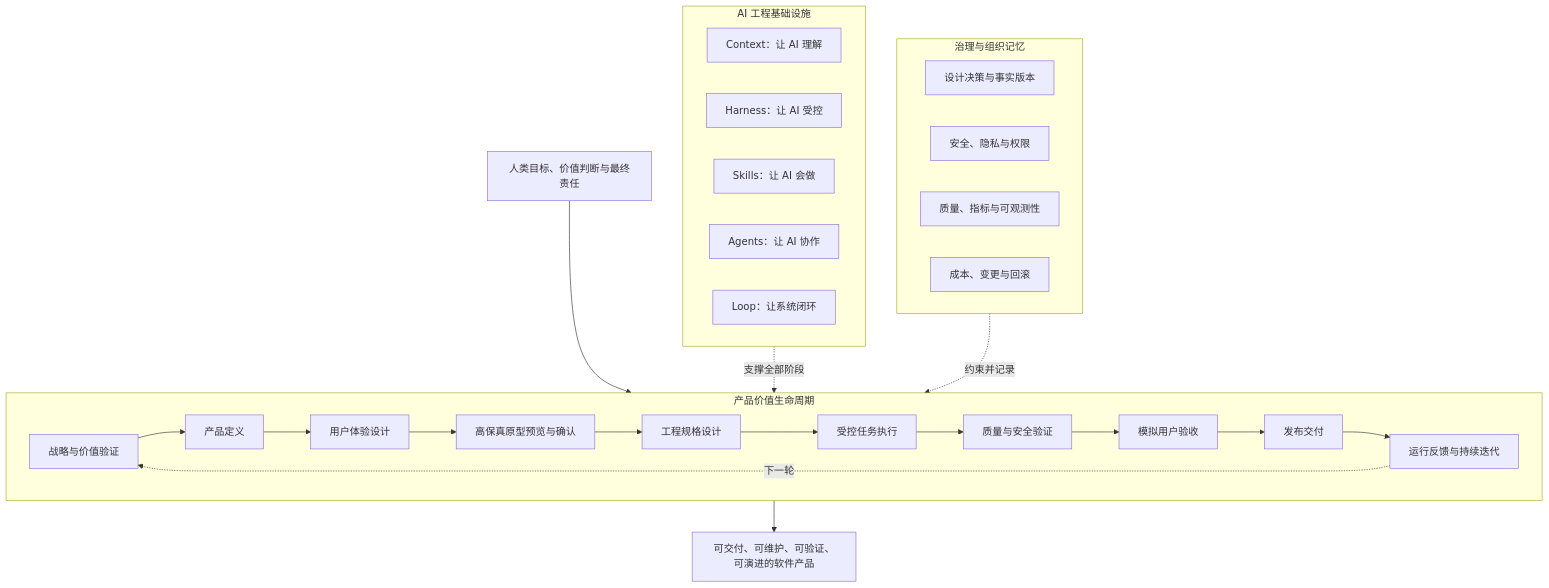
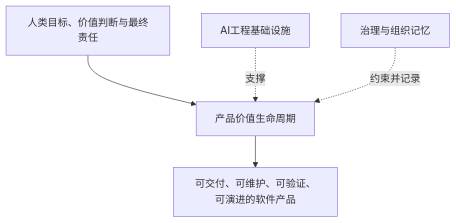
Before and after one commit to zhidao-studio/ai-product-engineering-framework: the diagram in README.md, drawn with Mermaid. The commit also changed other lines of this file, not shown here.

````diff
--- a/README.md
+++ b/README.md
@@ -59,37 +75,12 @@
 ```mermaid
 flowchart TB
     H[人类目标、价值判断与最终责任]
-
-    subgraph L[产品价值生命周期]
-        L1[战略与价值验证] --> L2[产品定义]
-        L2 --> L3[用户体验设计]
-        L3 --> L4[高保真原型预览与确认]
-        L4 --> L5[工程规格设计]
-        L5 --> L6[受控任务执行]
-        L6 --> L7[质量与安全验证]
-        L7 --> L8[模拟用户验收]
-        L8 --> L9[发布交付]
-        L9 --> L10[运行反馈与持续迭代]
-        L10 -.下一轮.-> L1
-    end
-
-    subgraph I[AI 工程基础设施]
-        I1[Context：让 AI 理解]
-        I2[Harness：让 AI 受控]
-        I3[Skills：让 AI 会做]
-        I4[Agents：让 AI 协作]
-        I5[Loop：让系统闭环]
-    end
-
-    subgraph G[治理与组织记忆]
-        G1[设计决策与事实版本]
-        G2[安全、隐私与权限]
-        G3[质量、指标与可观测性]
-        G4[成本、变更与回滚]
-    end
-
+    L[产品价值生命周期]
+    I[AI工程基础设施]
+    G[治理与组织记忆]
+    P[可交付、可维护、可验证、可演进的软件产品]
     H --> L
-    I -.支撑全部阶段.-> L
+    I -.支撑.-> L
     G -.约束并记录.-> L
-    L --> P[可交付、可维护、可验证、可演进的软件产品]
+    L --> P
 ```
````
